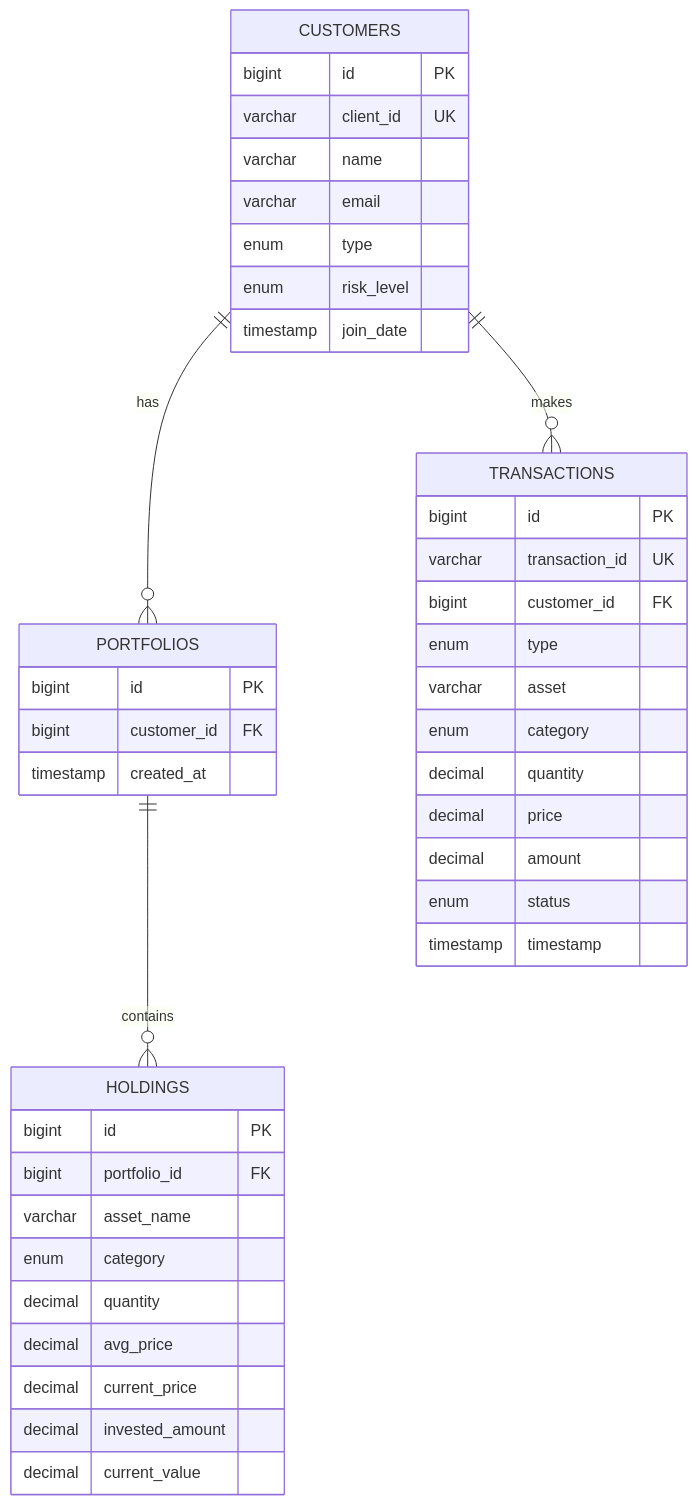
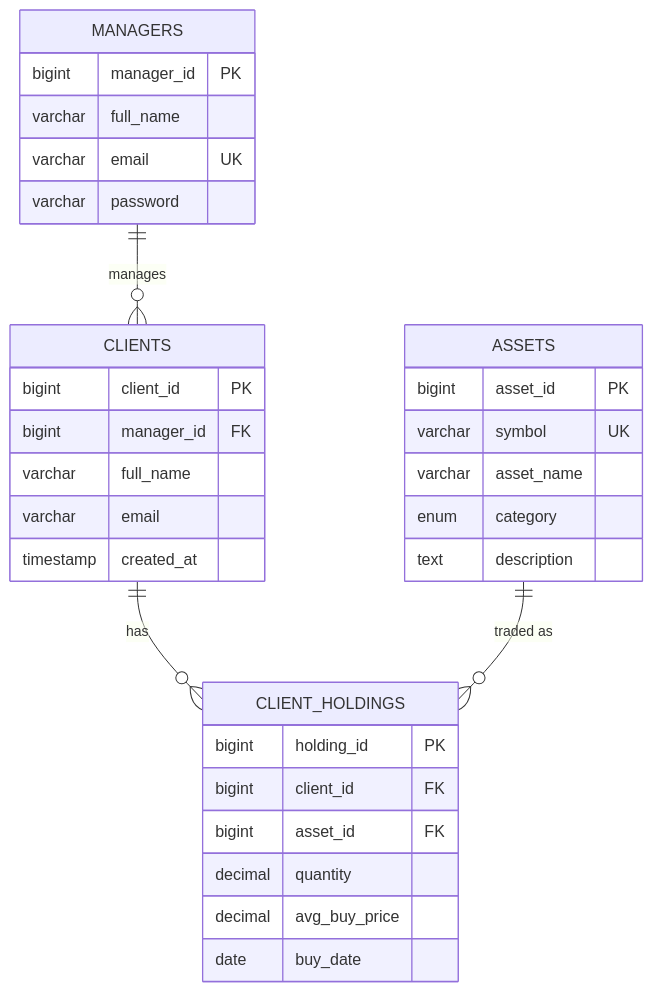
One commit to Shubham29op/Fortune changed the diagram in docs/er-diagram.md. Above: the diagram before and after it, drawn with Mermaid.

Commit message:
Fixing errors and enhancements

````diff
--- a/docs/er-diagram.md
+++ b/docs/er-diagram.md
@@ -3,48 +3,38 @@
 ```mermaid
 erDiagram
-    CUSTOMERS ||--o{ PORTFOLIOS : has
-    CUSTOMERS ||--o{ TRANSACTIONS : makes
-    PORTFOLIOS ||--o{ HOLDINGS : contains
+    MANAGERS ||--o{ CLIENTS : manages
+    CLIENTS ||--o{ CLIENT_HOLDINGS : has
+    ASSETS ||--o{ CLIENT_HOLDINGS : "traded as"
     
-    CUSTOMERS {
-        bigint id PK
-        varchar client_id UK
-        varchar name
-        varchar email
-        enum type
-        enum risk_level
-        timestamp join_date
+    MANAGERS {
+        bigint manager_id PK
+        varchar full_name
+        varchar email UK
+        varchar password
     }
     
-    PORTFOLIOS {
-        bigint id PK
-        bigint customer_id FK
+    CLIENTS {
+        bigint client_id PK
+        bigint manager_id FK
+        varchar full_name
+        varchar email
         timestamp created_at
     }
     
-    HOLDINGS {
-        bigint id PK
-        bigint portfolio_id FK
+    ASSETS {
+        bigint asset_id PK
+        varchar symbol UK
         varchar asset_name
         enum category
-        decimal quantity
-        decimal avg_price
-        decimal current_price
-        decimal invested_amount
-        decimal current_value
+        text description
     }
     
-    TRANSACTIONS {
-        bigint id PK
-        varchar transaction_id UK
-        bigint customer_id FK
-        enum type
-        varchar asset
-        enum category
+    CLIENT_HOLDINGS {
+        bigint holding_id PK
+        bigint client_id FK
+        bigint asset_id FK
         decimal quantity
-        decimal price
-        decimal amount
-        enum status
-        timestamp timestamp
+        decimal avg_buy_price
+        date buy_date
     }
 ```
````
